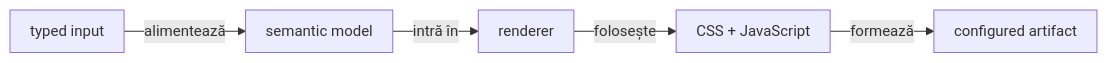
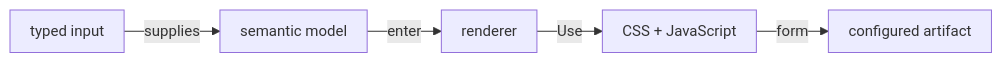
Before and after one commit to crististefanita/atf_j0: the eighth of 18 diagrams in atf-reporting/README.md, drawn with Mermaid. The commit also changed other lines of this file and 113 other files, not shown here.

````diff
--- a/atf-reporting/README.md
+++ b/atf-reporting/README.md
@@ -1304,8 +993,8 @@
 ```mermaid
 %%{init: {"themeVariables":{"fontSize":"15px"},"themeCSS":".nodeLabel, .nodeLabel p { font-size: 15px !important; line-height: 1.35 !important; } .edgeLabel, .edgeLabel p { font-size: 12px !important; font-weight: 400 !important; line-height: 1.2 !important; } .edgeLabel .labelBkg, .edgeLabel p { background: transparent !important; } .edgeLabel foreignObject { transform: translateY(-18px); overflow: visible; } .node rect { rx: 6px; ry: 6px; }","flowchart":{"curve":"linear","nodeSpacing":24,"rankSpacing":40,"padding":10,"diagramPadding":16}}}%%
 flowchart LR
-    Input[typed input] -->|alimentează| Model[semantic model]
-    Model -->|intră în| Render[renderer]
-    Render -->|folosește| Assets[CSS + JavaScript]
-    Assets -->|formează| Output[configured artifact]
+    Input[typed input] -->|supplies| Model[semantic model]
+    Model -->|enter| Render[renderer]
+    Render -->|Use| Assets[CSS + JavaScript]
+    Assets -->|form| Output[configured artifact]
 ```
````
